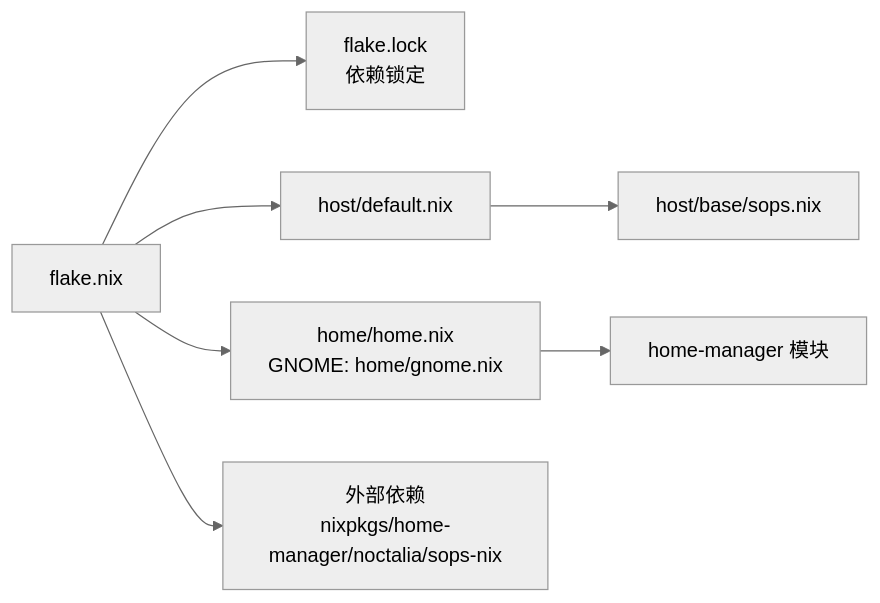
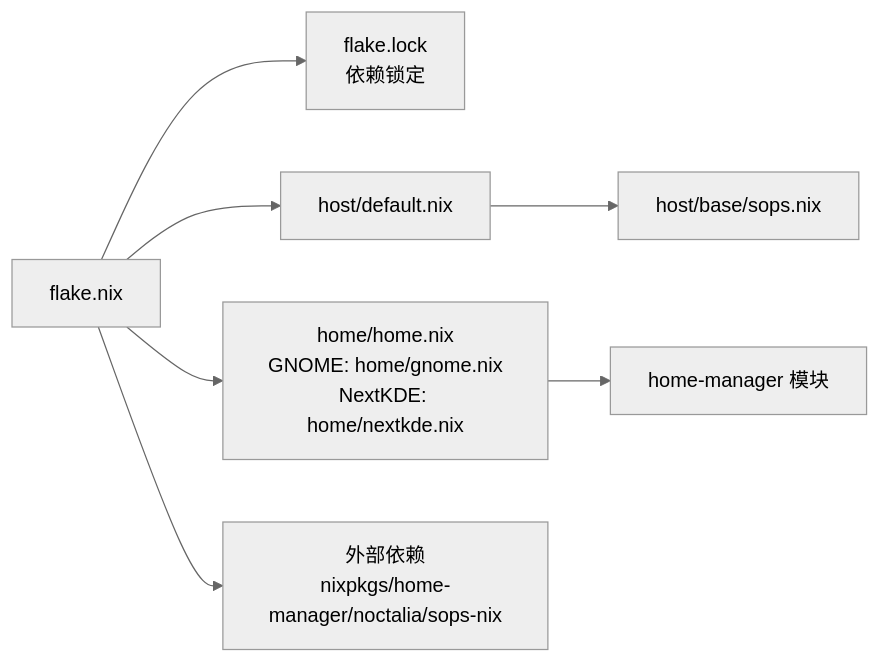
One commit to Shangshui0302/myNixOSConfig changed the second of 3 diagrams in wiki/architecture/flake.md. Above: the diagram before and after it, drawn with Mermaid (neutral theme). The commit also changed other lines of this file and 39 other files, not shown here.

Commit message:
feat(desktop): add NextKDE specialisation and simplify theme ownership

````diff
--- a/wiki/architecture/flake.md
+++ b/wiki/architecture/flake.md
@@ -108,9 +111,9 @@
 ```mermaid
 graph LR
 Root["flake.nix"] --> Lock["flake.lock<br/>依赖锁定"]
 Root --> Host["host/default.nix"]
-Root --> Home["home/home.nix<br/>GNOME: home/gnome.nix"]
+Root --> Home["home/home.nix<br/>GNOME: home/gnome.nix<br/>NextKDE: home/nextkde.nix"]
 Host --> SOPS["host/base/sops.nix"]
 Home --> HM["home-manager 模块"]
 Root --> Ext["外部依赖<br/>nixpkgs/home-manager/noctalia/sops-nix"]
 ```
````
